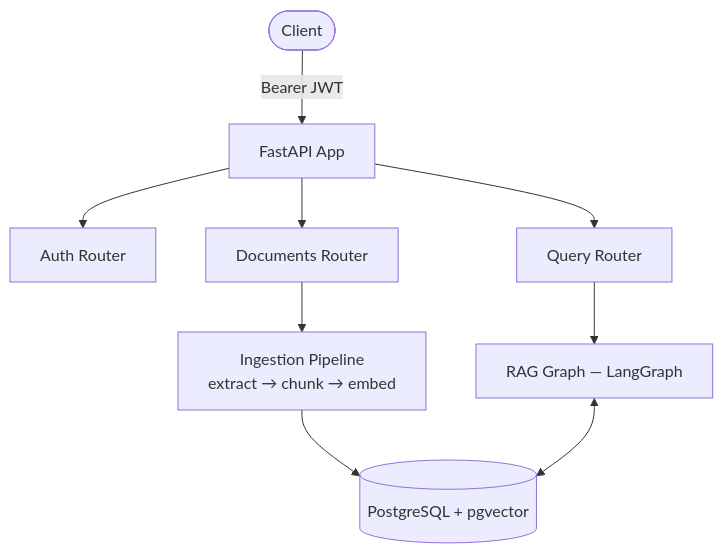
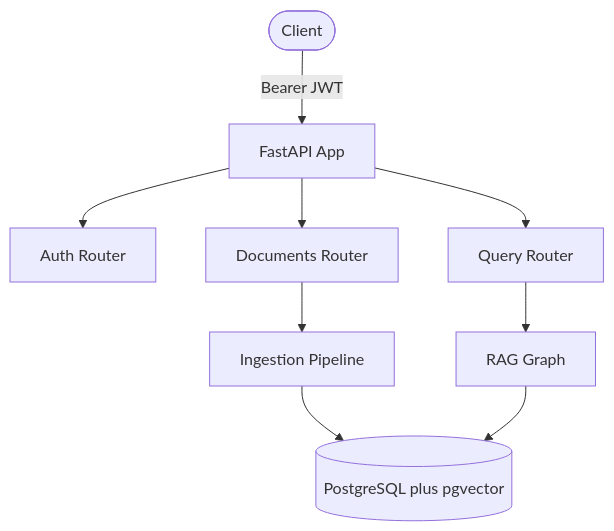
The first of 3 diagrams in README.md (Shifal/rag-knowledge-api), drawn with Mermaid before and after one commit. The commit also changed other lines of this file, not shown here.

````diff
--- a/README.md
+++ b/README.md
@@ -22,14 +22,11 @@
 ```mermaid
 flowchart TB
     Client([Client]) -->|Bearer JWT| API[FastAPI App]
-
     API --> Auth[Auth Router]
     API --> Docs[Documents Router]
     API --> Query[Query Router]
-
-    Docs --> Ingest[Ingestion Pipeline<br/>extract → chunk → embed]
-    Query --> Graph[RAG Graph — LangGraph]
-
-    Ingest --> DB[(PostgreSQL + pgvector)]
-    Graph <--> DB
+    Docs --> Ingest[Ingestion Pipeline]
+    Query --> Graph[RAG Graph]
+    Ingest --> DB[(PostgreSQL plus pgvector)]
+    Graph --> DB
 ```
````
